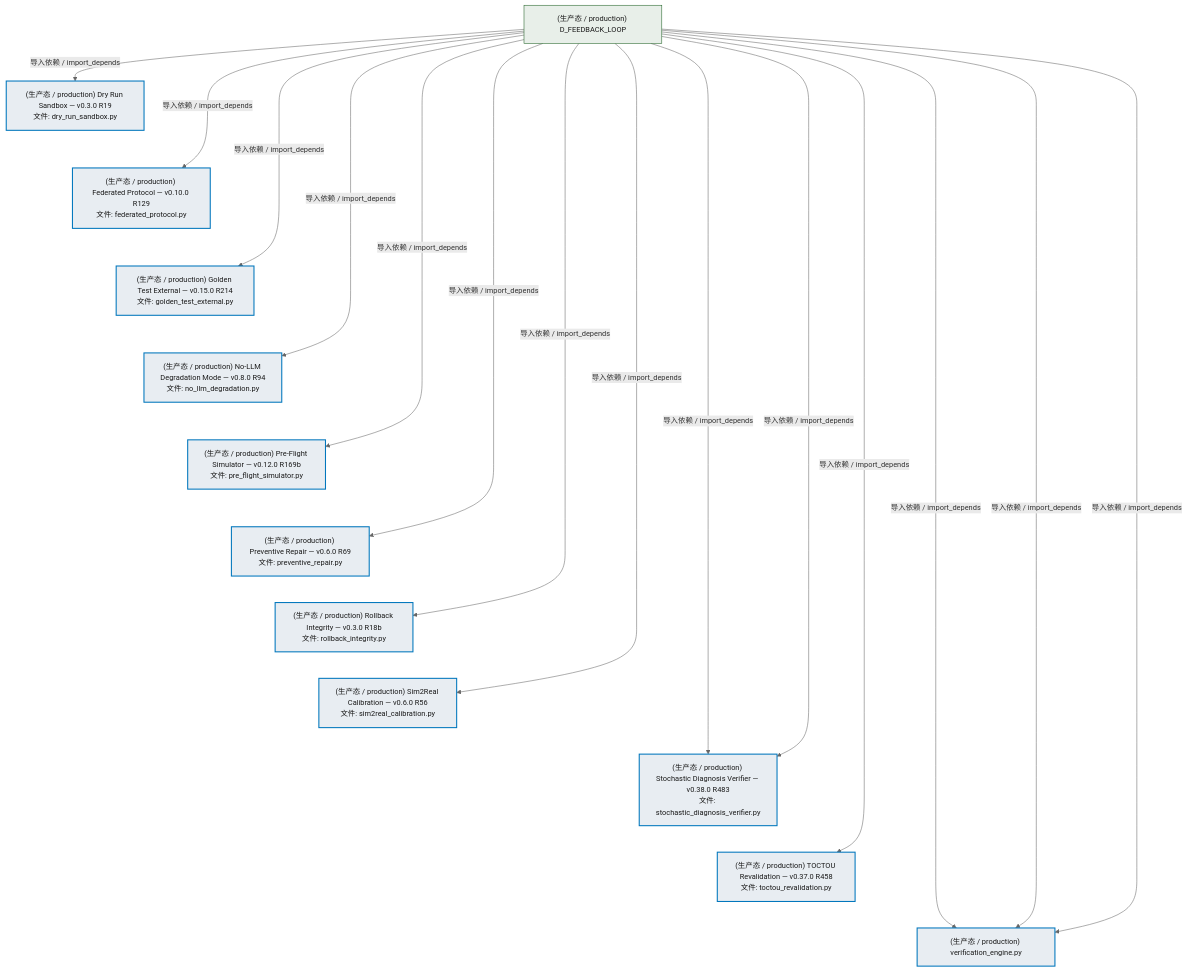
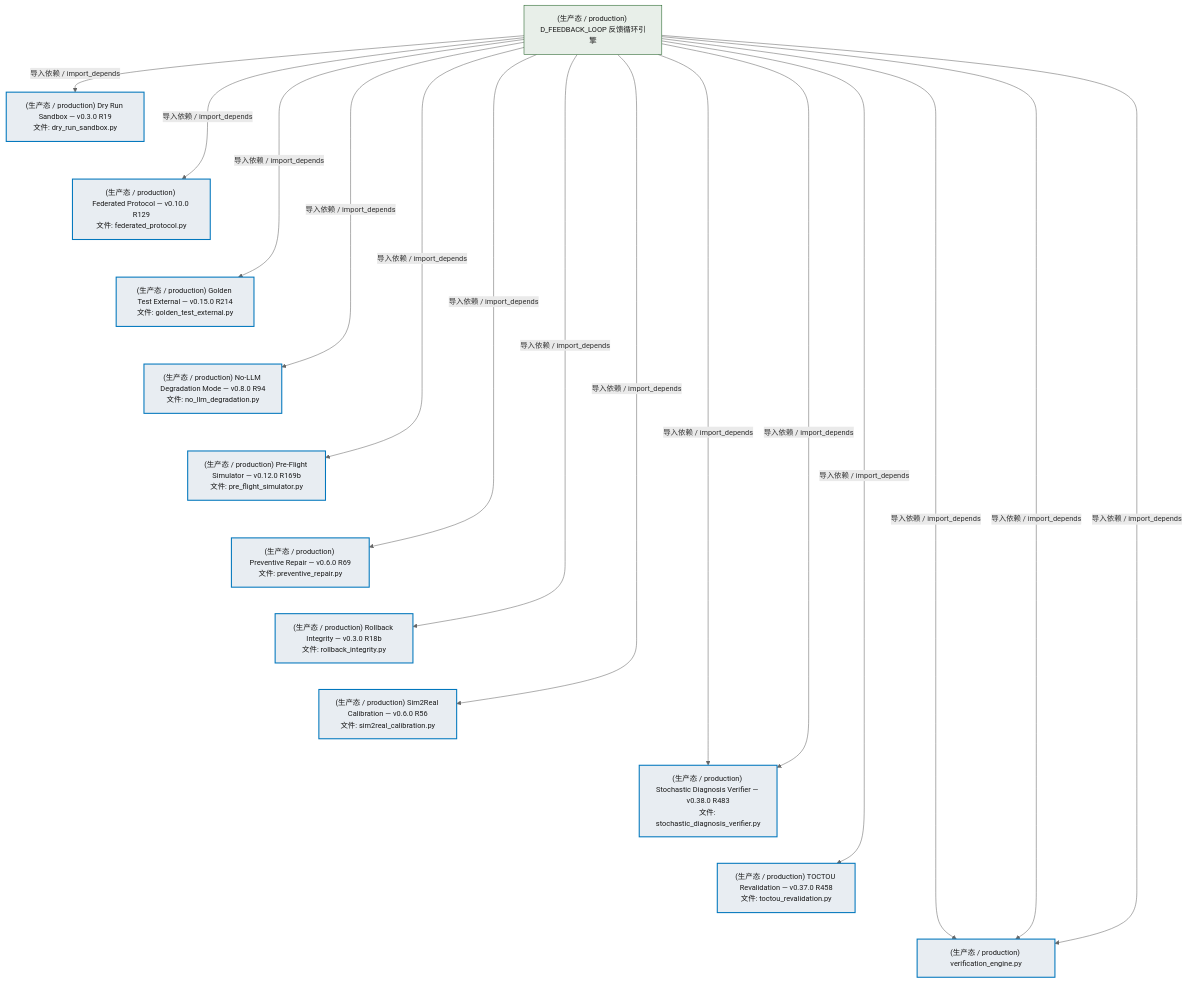
One commit to xuanFelixVan/ZephyrAlpha changed the third of 5 diagrams in docs/02_enterprise_architecture/02_domain_architecture_docs/17_d_fbl_verification.md. Above: the diagram before and after it, drawn with Mermaid. The commit also changed other lines of this file and 45 other files, not shown here.

````diff
--- a/docs/02_enterprise_architecture/02_domain_architecture_docs/17_d_fbl_verification.md
+++ b/docs/02_enterprise_architecture/02_domain_architecture_docs/17_d_fbl_verification.md
@@ -302,46 +302,46 @@
 ```mermaid
 %%{init: {'theme': 'base', 'themeVariables': {'primaryColor': '#eaeaea', 'primaryTextColor': '#333333', 'primaryBorderColor': '#666666', 'lineColor': '#666666', 'secondaryColor': '#eaeaea', 'tertiaryColor': '#eaeaea', 'fontSize': '14px'}}}%%
 flowchart TD
     src_zephyr_feedback_loop_verifiers_dry_run_sandbox_py["(生产态 / production) Dry Run Sandbox — v0.3.0 R19<br/>文件: dry_run_sandbox.py"]
     src_zephyr_feedback_loop_verifiers_federated_protocol_py["(生产态 / production) Federated Protocol — v0.10.0 R129<br/>文件: federated_protocol.py"]
     src_zephyr_feedback_loop_verifiers_golden_test_external_py["(生产态 / production) Golden Test External — v0.15.0 R214<br/>文件: golden_test_external.py"]
     src_zephyr_feedback_loop_verifiers_no_llm_degradation_py["(生产态 / production) No-LLM Degradation Mode — v0.8.0 R94<br/>文件: no_llm_degradation.py"]
     src_zephyr_feedback_loop_verifiers_pre_flight_simulator_py["(生产态 / production) Pre-Flight Simulator — v0.12.0 R169b<br/>文件: pre_flight_simulator.py"]
     src_zephyr_feedback_loop_verifiers_preventive_repair_py["(生产态 / production) Preventive Repair — v0.6.0 R69<br/>文件: preventive_repair.py"]
     src_zephyr_feedback_loop_verifiers_rollback_integrity_py["(生产态 / production) Rollback Integrity — v0.3.0 R18b<br/>文件: rollback_integrity.py"]
     src_zephyr_feedback_loop_verifiers_sim2real_calibration_py["(生产态 / production) Sim2Real Calibration — v0.6.0 R56<br/>文件: sim2real_calibration.py"]
     src_zephyr_feedback_loop_verifiers_stochastic_diagnosis_verifier_py["(生产态 / production) Stochastic Diagnosis Verifier — v0.38.0 R483<br/>文件: stochastic_diagnosis_verifier.py"]
     src_zephyr_feedback_loop_verifiers_toctou_revalidation_py["(生产态 / production) TOCTOU Revalidation — v0.37.0 R458<br/>文件: toctou_revalidation.py"]
     src_zephyr_feedback_loop_verifiers_verification_engine_py["(生产态 / production) verification_engine.py"]
     src_zephyr_feedback_loop_verifiers_dry_run_sandbox_py ~~~ src_zephyr_feedback_loop_verifiers_federated_protocol_py
     src_zephyr_feedback_loop_verifiers_federated_protocol_py ~~~ src_zephyr_feedback_loop_verifiers_golden_test_external_py
     src_zephyr_feedback_loop_verifiers_golden_test_external_py ~~~ src_zephyr_feedback_loop_verifiers_no_llm_degradation_py
     src_zephyr_feedback_loop_verifiers_no_llm_degradation_py ~~~ src_zephyr_feedback_loop_verifiers_pre_flight_simulator_py
     src_zephyr_feedback_loop_verifiers_pre_flight_simulator_py ~~~ src_zephyr_feedback_loop_verifiers_preventive_repair_py
     src_zephyr_feedback_loop_verifiers_preventive_repair_py ~~~ src_zephyr_feedback_loop_verifiers_rollback_integrity_py
     src_zephyr_feedback_loop_verifiers_rollback_integrity_py ~~~ src_zephyr_feedback_loop_verifiers_sim2real_calibration_py
     src_zephyr_feedback_loop_verifiers_sim2real_calibration_py ~~~ src_zephyr_feedback_loop_verifiers_stochastic_diagnosis_verifier_py
     src_zephyr_feedback_loop_verifiers_stochastic_diagnosis_verifier_py ~~~ src_zephyr_feedback_loop_verifiers_toctou_revalidation_py
     src_zephyr_feedback_loop_verifiers_toctou_revalidation_py ~~~ src_zephyr_feedback_loop_verifiers_verification_engine_py
-    D_FEEDBACK_LOOP["(生产态 / production) D_FEEDBACK_LOOP"]
+    D_FEEDBACK_LOOP["(生产态 / production) D_FEEDBACK_LOOP 反馈循环引擎"]
     D_FEEDBACK_LOOP -->|导入依赖 / import_depends| src_zephyr_feedback_loop_verifiers_sim2real_calibration_py
     D_FEEDBACK_LOOP -->|导入依赖 / import_depends| src_zephyr_feedback_loop_verifiers_verification_engine_py
     D_FEEDBACK_LOOP -->|导入依赖 / import_depends| src_zephyr_feedback_loop_verifiers_no_llm_degradation_py
     D_FEEDBACK_LOOP -->|导入依赖 / import_depends| src_zephyr_feedback_loop_verifiers_golden_test_external_py
     D_FEEDBACK_LOOP -->|导入依赖 / import_depends| src_zephyr_feedback_loop_verifiers_stochastic_diagnosis_verifier_py
     D_FEEDBACK_LOOP -->|导入依赖 / import_depends| src_zephyr_feedback_loop_verifiers_verification_engine_py
     D_FEEDBACK_LOOP -->|导入依赖 / import_depends| src_zephyr_feedback_loop_verifiers_preventive_repair_py
     D_FEEDBACK_LOOP -->|导入依赖 / import_depends| src_zephyr_feedback_loop_verifiers_toctou_revalidation_py
     D_FEEDBACK_LOOP -->|导入依赖 / import_depends| src_zephyr_feedback_loop_verifiers_stochastic_diagnosis_verifier_py
     D_FEEDBACK_LOOP -->|导入依赖 / import_depends| src_zephyr_feedback_loop_verifiers_dry_run_sandbox_py
     D_FEEDBACK_LOOP -->|导入依赖 / import_depends| src_zephyr_feedback_loop_verifiers_federated_protocol_py
     D_FEEDBACK_LOOP -->|导入依赖 / import_depends| src_zephyr_feedback_loop_verifiers_pre_flight_simulator_py
     D_FEEDBACK_LOOP -->|导入依赖 / import_depends| src_zephyr_feedback_loop_verifiers_rollback_integrity_py
     D_FEEDBACK_LOOP -->|导入依赖 / import_depends| src_zephyr_feedback_loop_verifiers_verification_engine_py
     classDef production fill:#e8edf2,stroke:#0277bd,stroke-width:2px,color:#1a1a1a
     classDef design fill:#f0ebe3,stroke:#bf360c,stroke-width:2px,color:#1a1a1a,stroke-dasharray: 5 5
     classDef external_prod fill:#e8efe9,stroke:#1b5e20,stroke-width:1px,color:#1a1a1a
     classDef external_design fill:#efe5ea,stroke:#880e4f,stroke-width:1px,color:#1a1a1a,stroke-dasharray: 5 5
     class src_zephyr_feedback_loop_verifiers_dry_run_sandbox_py,src_zephyr_feedback_loop_verifiers_federated_protocol_py,src_zephyr_feedback_loop_verifiers_golden_test_external_py,src_zephyr_feedback_loop_verifiers_no_llm_degradation_py,src_zephyr_feedback_loop_verifiers_pre_flight_simulator_py,src_zephyr_feedback_loop_verifiers_preventive_repair_py,src_zephyr_feedback_loop_verifiers_rollback_integrity_py,src_zephyr_feedback_loop_verifiers_sim2real_calibration_py,src_zephyr_feedback_loop_verifiers_stochastic_diagnosis_verifier_py,src_zephyr_feedback_loop_verifiers_toctou_revalidation_py,src_zephyr_feedback_loop_verifiers_verification_engine_py production
     class D_FEEDBACK_LOOP external_prod
 ```
````
